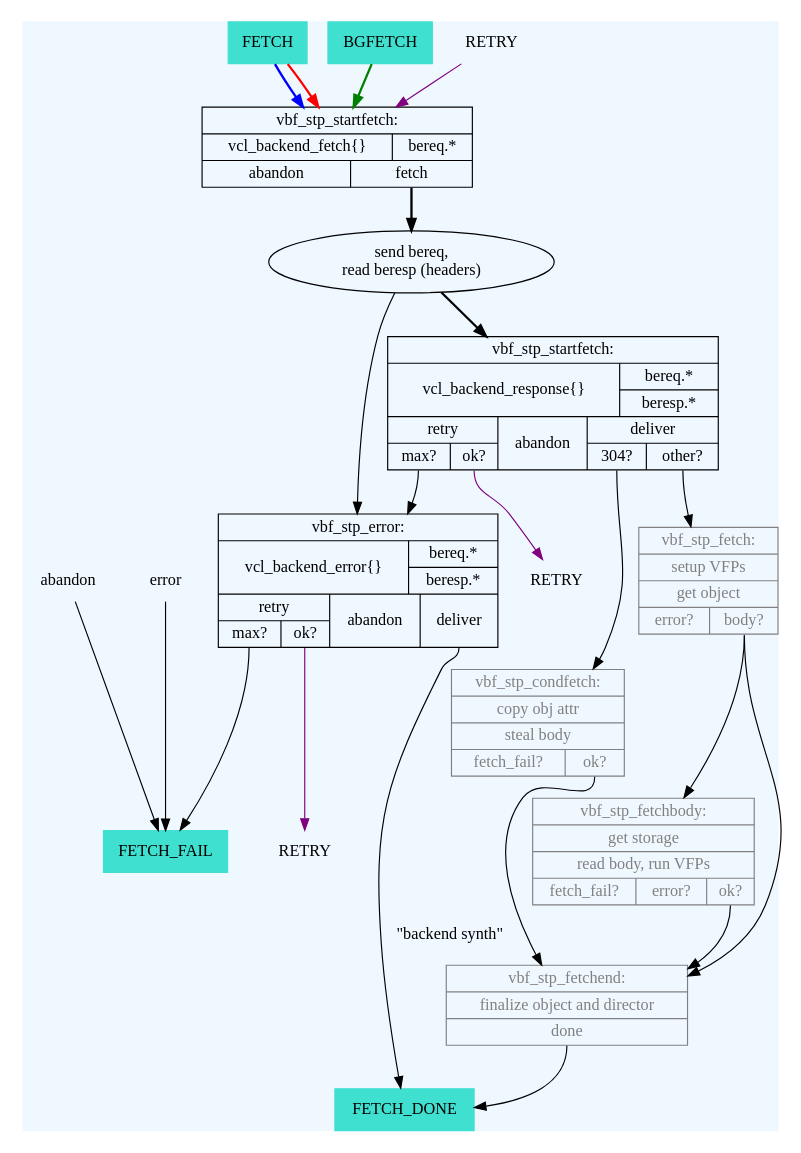
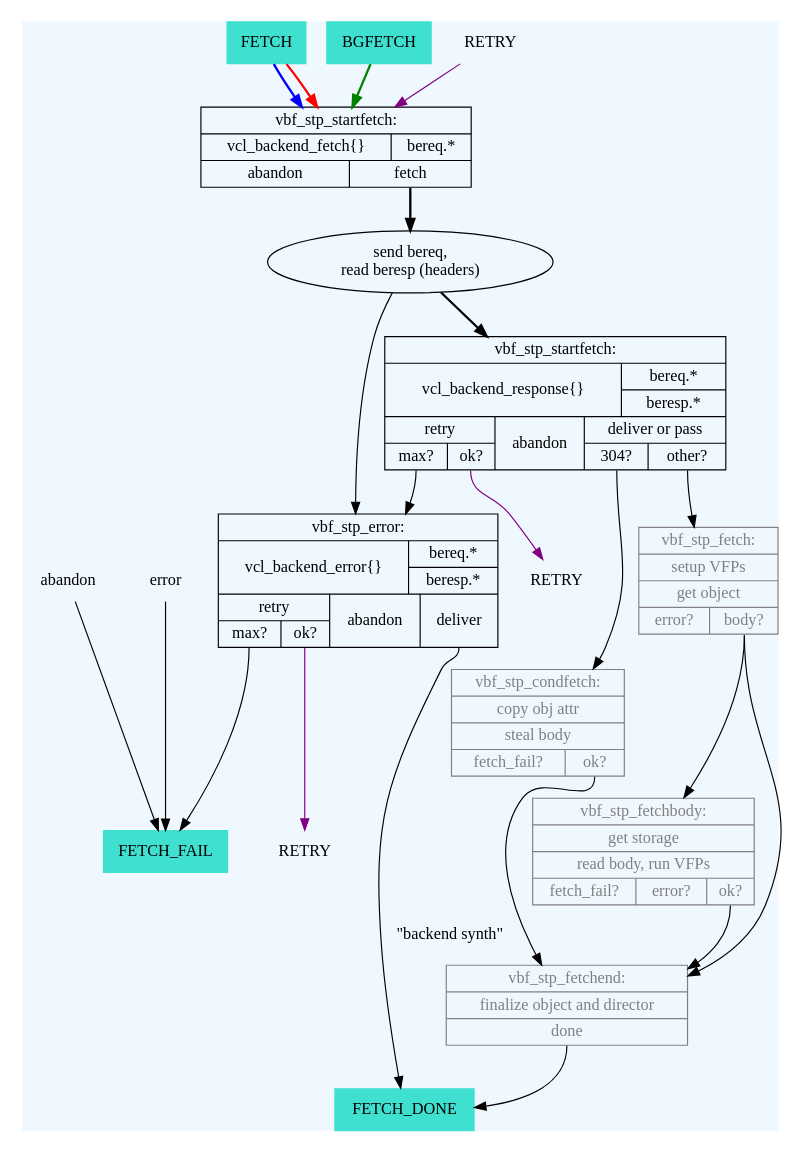
One commit to varnishcache/varnish-cache changed the diagram in doc/graphviz/cache_fetch.dot. Above: the diagram before and after it, drawn with Graphviz. The commit also changed 1 other file, not shown here.

Commit message:
Update fetch FSM with return(pass)

```diff
--- a/doc/graphviz/cache_fetch.dot
+++ b/doc/graphviz/cache_fetch.dot
@@ -1,118 +1,118 @@
 /*
  * we should format labels in a readable form like
  *			    label="
  *			    {vbf_stp_startfetch:|
  *				    {vcl_backend_fetch\{\}|bereq.*}|
  *				    {abandon|
  *					    <fetch>fetch}}"
  *
  * <rant>
  * ... but some servers in the v-c.o build farm use old graphviz 2.26.3
  * which cannot handle labels with additional whitespace properly, so
  * for the time being we need to fall back into dark middle ages and
  * use illegibly long lines
  * </rant>
  * -- slink 20141013
  */
 
 digraph cache_fetch {
 	margin="0.5"
 	center="1"
 
 	/*** cache_fetch.c ***/
 	subgraph cluster_backend {
 		style=filled
 		color=aliceblue
 		RETRY [shape=plaintext]
 		v_b_f_BGFETCH [label="BGFETCH",
 			       shape=box,
 			       style=filled,
 			       color=turquoise]
 		v_b_f_FETCH [label="FETCH",
 			       shape=box,
 			       style=filled,
 			       color=turquoise]
 		v_b_f_BGFETCH -> v_b_f [style=bold,color=green]
 		v_b_f_FETCH -> v_b_f [style=bold,color=blue]
 		v_b_f_FETCH -> v_b_f [style=bold,color=red]
 		RETRY -> v_b_f [color=purple]
 		/* vbf_stp_startfetch() */
 		v_b_f [
 			    shape=record
 			    label="{vbf_stp_startfetch:|{vcl_backend_fetch\{\}|bereq.*}|{abandon|<fetch>fetch}}"
 		]
 		v_b_f:fetch:s -> v_b_hdrs [style=bold]
 		v_b_hdrs [ label="send bereq,\nread beresp (headers)"]
 		v_b_hdrs -> v_b_r [style=bold]
 		v_b_hdrs -> v_b_e
 		v_b_r [
 			    shape=record
-			    label="{vbf_stp_startfetch:|{vcl_backend_response\{\}|{bereq.*|beresp.*}}|{{retry|{<max>max?|<retry>ok?}}|abandon|{deliver|{<fetch_304>304?|<non_304>other?}}}}"
+			    label="{vbf_stp_startfetch:|{vcl_backend_response\{\}|{bereq.*|beresp.*}}|{{retry|{<max>max?|<retry>ok?}}|abandon|{deliver or pass|{<fetch_304>304?|<non_304>other?}}}}"
 		]
 		v_b_r:retry -> v_b_r_retry [color=purple]
 		v_b_r:max -> v_b_e
 		v_b_r:fetch_304:s -> vbf_stp_condfetch
 		v_b_r:non_304:s -> vbf_stp_fetch
 
 		v_b_r_retry [label="RETRY",shape=plaintext]
 
 		vbf_stp_fetchbody [
 			       shape=record
 			       fontcolor=grey
 			       color=grey
 			       label="{vbf_stp_fetchbody:|get storage|read body, run VFPs|{fetch_fail?|error?|<ok>ok?}}"
 			       ]
 		vbf_stp_fetchbody:ok:s -> vbf_stp_fetchend
 
 		vbf_stp_fetch [
 			       shape=record
 			       fontcolor=grey
 			       color=grey
 			       label="{vbf_stp_fetch:|setup VFPs|get object|{error?|<body>body?}}"
 			       ]
 		vbf_stp_fetch:body:s -> vbf_stp_fetchbody
 		vbf_stp_fetch:body:s -> vbf_stp_fetchend
 
 		vbf_stp_fetchend [
 			       shape=record
 			       fontcolor=grey
 			       color=grey
 			       label="{vbf_stp_fetchend:|finalize object and director|<done>done}"
 			       ]
 		vbf_stp_fetchend:done:s -> FETCH_DONE
 
 		vbf_stp_condfetch [
 			       shape=record
 			       fontcolor=grey
 			       color=grey
 			       label="{vbf_stp_condfetch:|copy obj attr|steal body|{fetch_fail?|<ok>ok?}}"
 
 		]
 		vbf_stp_condfetch:ok:s -> vbf_stp_fetchend
 
 		error [shape=plaintext]
 		error -> FETCH_FAIL
 
 		/* vbf_stp_error */
 		v_b_e [
 			    shape=record
 			    label="{vbf_stp_error:|{vcl_backend_error\{\}|{bereq.*|beresp.*}}|{{retry|{<max>max?|<retry>ok?}}|abandon|<deliver>deliver}}}"
 			    ]
 		// v_b_e:deliver aka "backend synth" - goes into cache
 		v_b_e:deliver -> FETCH_DONE [label="\"backend synth\""]
 		v_b_e:retry -> v_b_e_retry [color=purple]
 		v_b_e_retry [label="RETRY",shape=plaintext]
 		v_b_e:max:s -> FETCH_FAIL
 
 		v_b_e_retry [label="RETRY",shape=plaintext]
 
 		FETCH_DONE [label="FETCH_DONE",
 			    shape=box,style=filled,color=turquoise]
 
 		abandon [shape=plaintext]
 		abandon -> FETCH_FAIL
 		// F_STP_FAIL
 		FETCH_FAIL [label="FETCH_FAIL",
 			    shape=box,style=filled,color=turquoise]
 	}
 }
```
